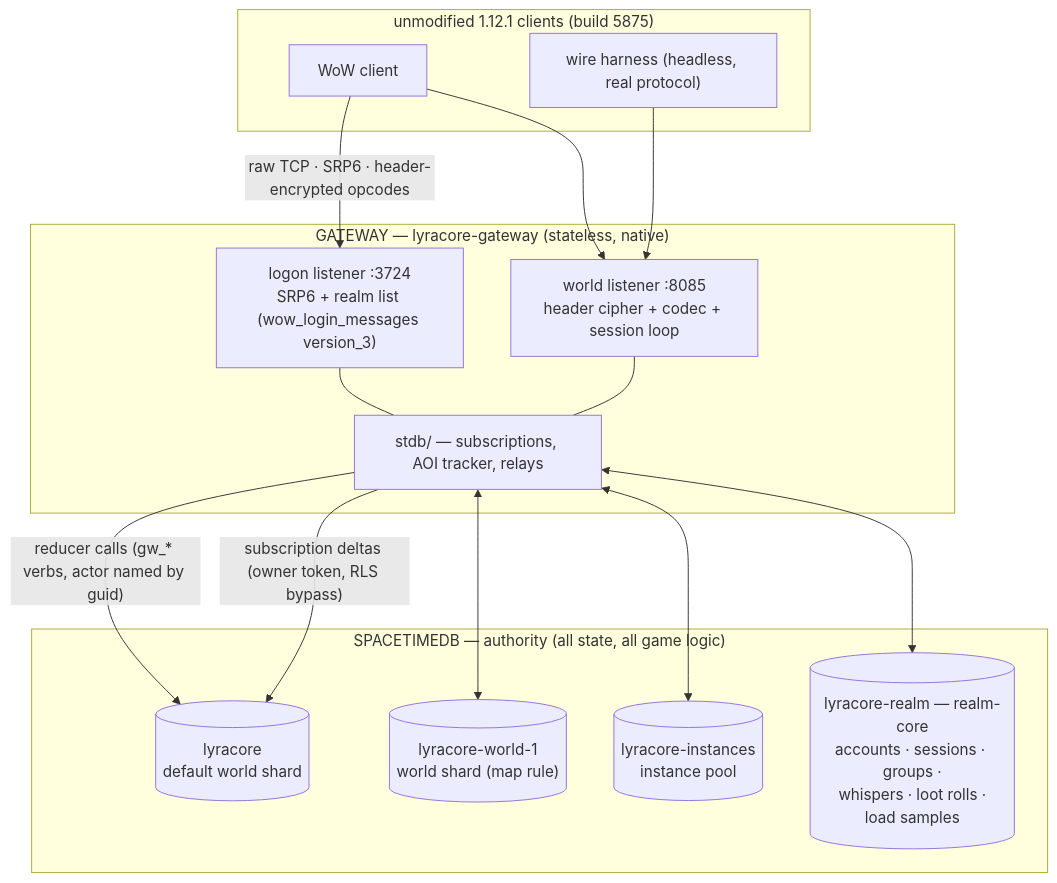
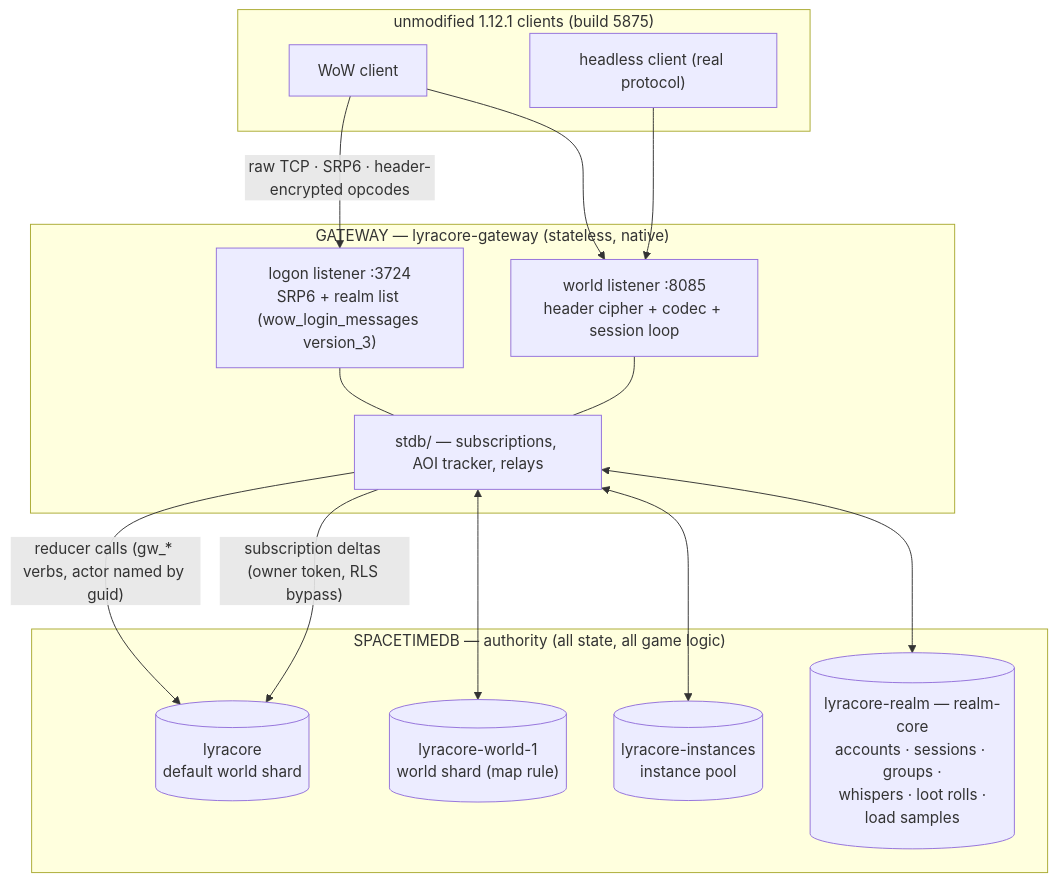
One commit to LyraCoreProject/LyraCore changed the diagram in docs/architecture.md. Above: the diagram before and after it, drawn with Mermaid. The commit also changed other lines of this file and 2 other files, not shown here.

First line of the commit message:
Define domain language and align architecture docs

````diff
--- a/docs/architecture.md
+++ b/docs/architecture.md
@@ -27,31 +27,31 @@
 ```mermaid
 flowchart TB
     subgraph clients["unmodified 1.12.1 clients (build 5875)"]
         C1["WoW client"]
-        C2["wire harness (headless, real protocol)"]
+        C2["headless client (real protocol)"]
     end
 
     subgraph gw["GATEWAY — lyracore-gateway (stateless, native)"]
         LOGON["logon listener :3724<br/>SRP6 + realm list (wow_login_messages version_3)"]
         WORLD["world listener :8085<br/>header cipher + codec + session loop"]
         SUBS["stdb/ — subscriptions, AOI tracker, relays"]
     end
 
     subgraph stdb["SPACETIMEDB — authority (all state, all game logic)"]
         W0[("lyracore<br/>default world shard")]
         W1[("lyracore-world-1<br/>world shard (map rule)")]
         INST[("lyracore-instances<br/>instance pool")]
         RC[("lyracore-realm — realm-core<br/>accounts · sessions · groups ·<br/>whispers · loot rolls ·<br/>load samples")]
     end
 
     C1 -- "raw TCP · SRP6 · header-encrypted opcodes" --> LOGON
     C1 --> WORLD
     C2 --> WORLD
     LOGON --- SUBS
     WORLD --- SUBS
     SUBS -- "reducer calls (gw_* verbs, actor named by guid)" --> W0
     SUBS -- "subscription deltas (owner token, RLS bypass)" --> W0
     SUBS <--> W1
     SUBS <--> INST
     SUBS <--> RC
 ```
````
